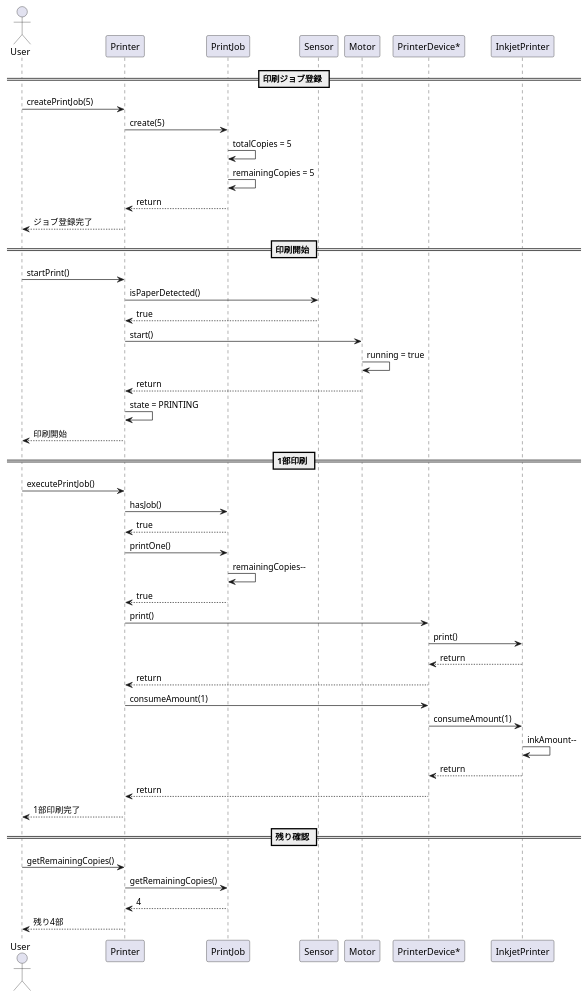
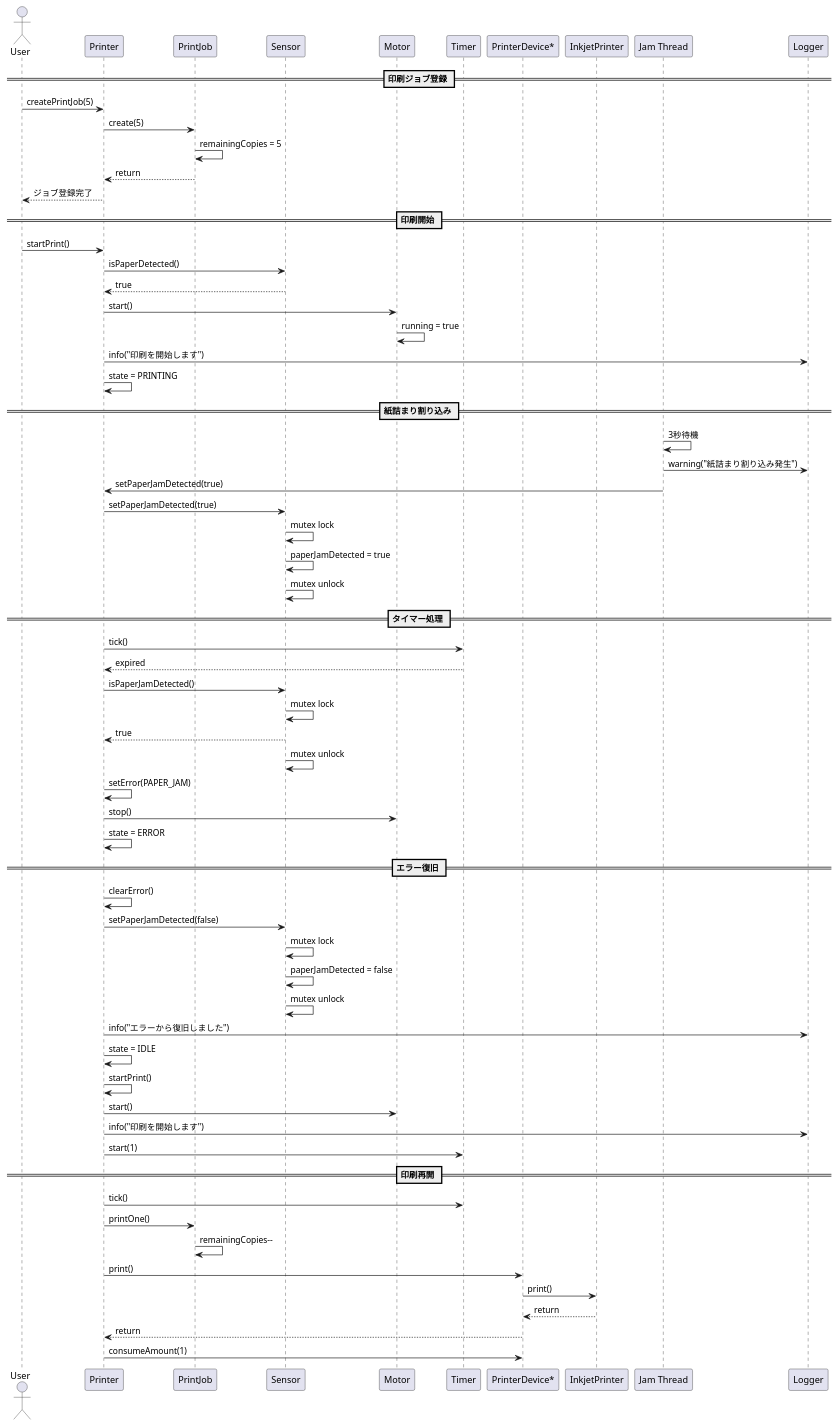
Before and after one commit to hiroshi-tak/print-simulator: the diagram in docs/sequence.puml, drawn with PlantUML. The commit also changed 2 other files, not shown here.

Commit message:
edit readme and uml

```diff
--- a/docs/sequence.puml
+++ b/docs/sequence.puml
@@ -1,70 +1,104 @@
 @startuml
 
 actor User
 
 participant Printer
 participant PrintJob
 participant Sensor
 participant Motor
+participant Timer
 participant "PrinterDevice*" as Device
 participant InkjetPrinter
+participant "Jam Thread" as JamThread
+participant Logger
 
 == 印刷ジョブ登録 ==
 
 User -> Printer : createPrintJob(5)
+Printer -> PrintJob : create(5)
 
-Printer -> PrintJob : create(5)
-PrintJob -> PrintJob : totalCopies = 5
 PrintJob -> PrintJob : remainingCopies = 5
+
 PrintJob --> Printer : return
-
 Printer --> User : ジョブ登録完了
 
 == 印刷開始 ==
 
 User -> Printer : startPrint()
 
 Printer -> Sensor : isPaperDetected()
 Sensor --> Printer : true
 
 Printer -> Motor : start()
 Motor -> Motor : running = true
-Motor --> Printer : return
+
+Printer -> Logger : info("印刷を開始します")
 
 Printer -> Printer : state = PRINTING
 
-Printer --> User : 印刷開始
+== 紙詰まり割り込み ==
 
-== 1部印刷 ==
+JamThread -> JamThread : 3秒待機
 
-User -> Printer : executePrintJob()
+JamThread -> Logger : warning("紙詰まり割り込み発生")
 
-Printer -> PrintJob : hasJob()
-PrintJob --> Printer : true
+JamThread -> Printer : setPaperJamDetected(true)
+Printer -> Sensor : setPaperJamDetected(true)
+
+Sensor -> Sensor : mutex lock
+Sensor -> Sensor : paperJamDetected = true
+Sensor -> Sensor : mutex unlock
+
+== タイマー処理 ==
+
+Printer -> Timer : tick()
+Timer --> Printer : expired
+
+Printer -> Sensor : isPaperJamDetected()
+
+Sensor -> Sensor : mutex lock
+Sensor --> Printer : true
+Sensor -> Sensor : mutex unlock
+
+Printer -> Printer : setError(PAPER_JAM)
+Printer -> Motor : stop()
+
+Printer -> Printer : state = ERROR
+
+== エラー復旧 ==
+
+Printer -> Printer : clearError()
+
+Printer -> Sensor : setPaperJamDetected(false)
+
+Sensor -> Sensor : mutex lock
+Sensor -> Sensor : paperJamDetected = false
+Sensor -> Sensor : mutex unlock
+
+Printer -> Logger : info("エラーから復旧しました")
+
+Printer -> Printer : state = IDLE
+
+Printer -> Printer : startPrint()
+
+Printer -> Motor : start()
+
+Printer -> Logger : info("印刷を開始します")
+
+Printer -> Timer : start(1)
+
+== 印刷再開 ==
+
+Printer -> Timer : tick()
 
 Printer -> PrintJob : printOne()
 PrintJob -> PrintJob : remainingCopies--
-PrintJob --> Printer : true
 
 Printer -> Device : print()
 Device -> InkjetPrinter : print()
 InkjetPrinter --> Device : return
 Device --> Printer : return
 
 Printer -> Device : consumeAmount(1)
-Device -> InkjetPrinter : consumeAmount(1)
-InkjetPrinter -> InkjetPrinter : inkAmount--
-InkjetPrinter --> Device : return
-Device --> Printer : return
-
-Printer --> User : 1部印刷完了
-
-== 残り確認 ==
-
-User -> Printer : getRemainingCopies()
-
-Printer -> PrintJob : getRemainingCopies()
-PrintJob --> Printer : 4
-Printer --> User : 残り4部
 
 @enduml
```
